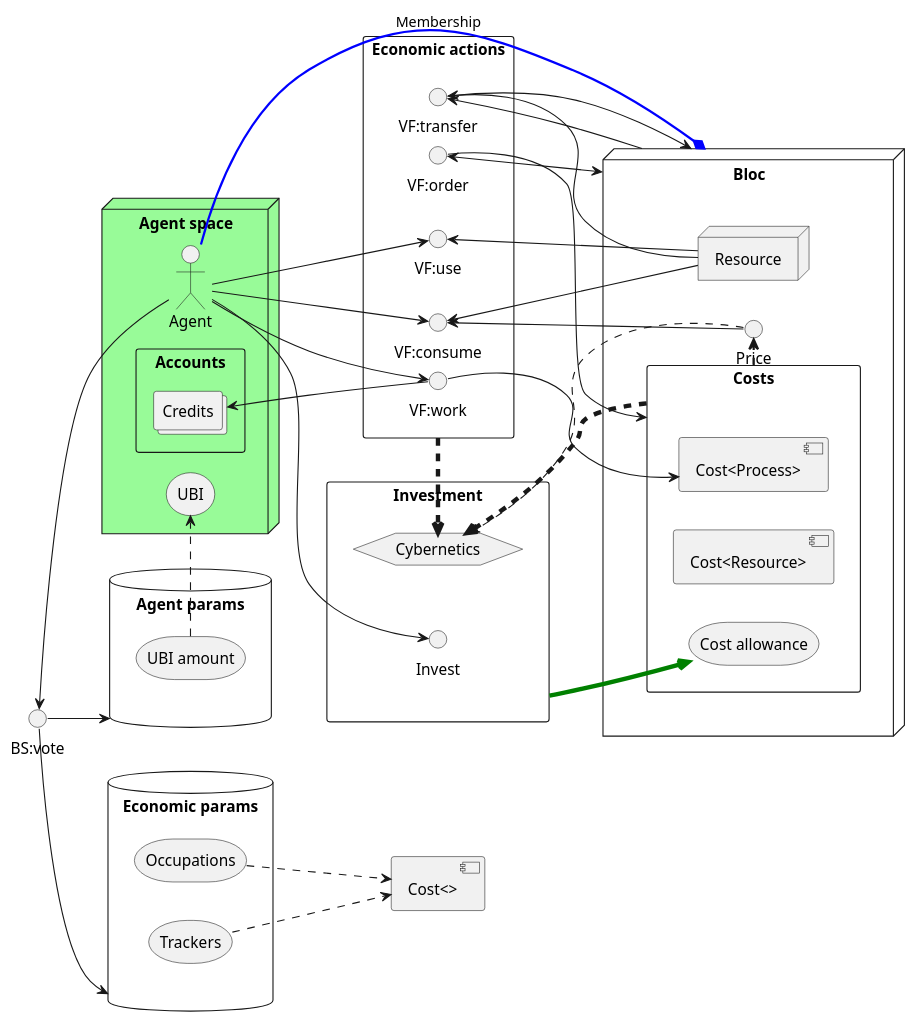
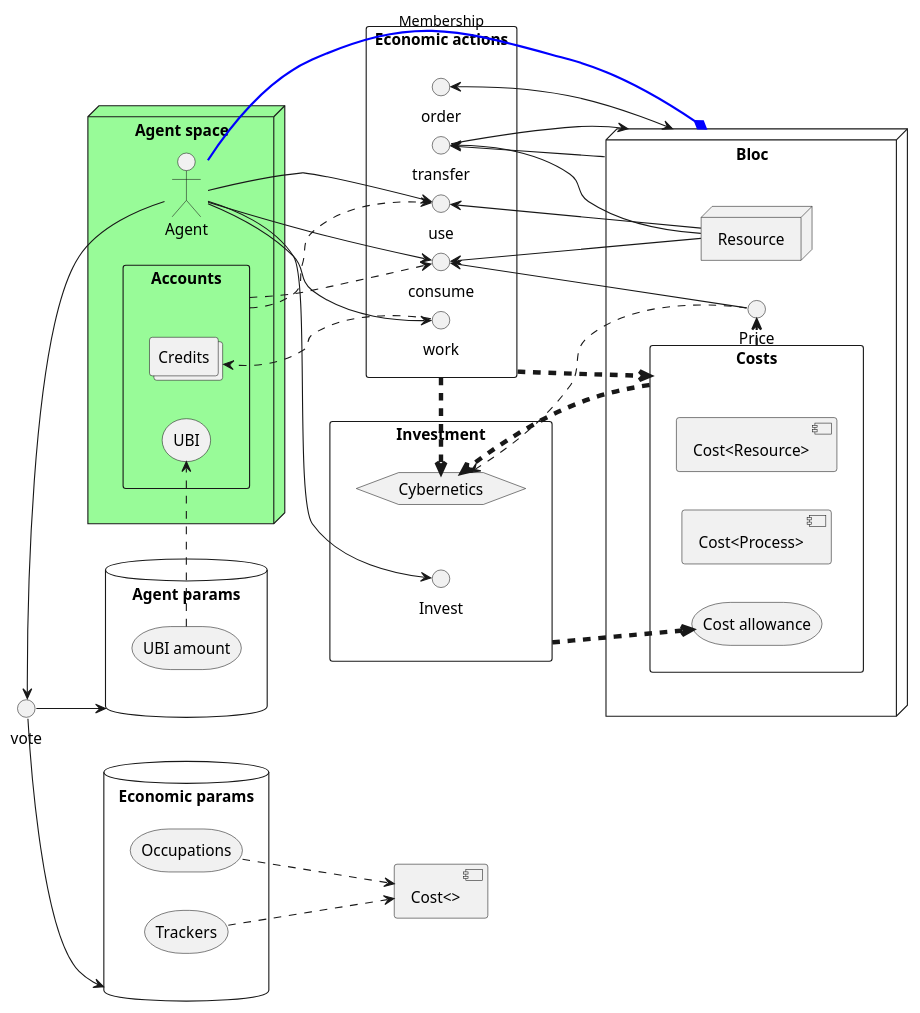
One commit to basisproject/paper changed the diagram in protocol.plantuml. Above: the diagram before and after it, drawn with PlantUML.

Commit message:
plant file update

```diff
--- a/protocol.plantuml
+++ b/protocol.plantuml
@@ -1,77 +1,78 @@
 @startuml
 
 left to right direction
 node Agent as "Agent space" #palegreen {
 	actor Agent.agent as "Agent"
 
-	storage Agent.UBI as "UBI"
 	rectangle Accounts {
 		collections Account.credits as "Credits"
+		storage Agent.UBI as "UBI"
 	}
 }
 
-interface Vote as "BS:vote"
+interface Vote as "vote"
 
 database AgentParams as "Agent params" {
 	storage AgentParams.UBI as "UBI amount"
 }
 
 database EconParams as "Economic params" {
 	storage EconParams.Occ as "Occupations"
 	storage EconParams.Trk as "Trackers"
 }
 
 component Cost as "Cost<>" {
 }
 
 node Bloc {
 	rectangle Bloc.cost as "Costs" {
 		component Resource.cost as "Cost<Resource>"
 		component Process.cost as "Cost<Process>"
 		storage Bloc.Allowance as "Cost allowance"
 	}
 	node Resource
 	interface Price
 }
 
 rectangle Investment {
 	hexagon Cyber as "Cybernetics"
 	interface Invest
 }
 
 rectangle EcActions as "Economic actions" {
-	interface Order as "VF:order"
-	interface Work as "VF:work"
-	interface Use as "VF:use"
-	interface Consume as "VF:consume"
-	interface Transfer as "VF:transfer"
+	interface Order as "order"
+	interface Work as "work"
+	interface Use as "use"
+	interface Consume as "consume"
+	interface Transfer as "transfer"
 }
 
 Agent.agent -l-> Vote
 Agent.agent -d-> Consume
 Agent.agent -d-> Use
 Agent.agent -d-> Work
 Agent.agent -[#blue,thickness=2]* Bloc : "Membership"
 Agent.agent -u-> Invest
+Accounts .> Use
+Accounts .> Consume
 Vote -d-> AgentParams
 Vote -d-> EconParams
 Bloc <-> Order
 Bloc -> Transfer
 Bloc.cost .[thickness=2]> Price
 Bloc.cost .[thickness=4].> Cyber
 AgentParams.UBI .> Agent.UBI
 EconParams.Occ .d.> Cost
 EconParams.Trk .d.> Cost
 Price -> Consume
 Price .> Cyber
-Investment -[#green,thickness=4]-> Bloc.Allowance
-Order --> Bloc.cost
-Work -> Process.cost
-Work -> Account.credits
+Investment .[thickness=4].> Bloc.Allowance
+Work .> Account.credits
 Transfer -d-> Bloc
 Resource -u-> Consume
 Resource -u-> Use
 Resource -u-> Transfer
 EcActions .[thickness=4]> Cyber
+EcActions .[thickness=4].> Bloc.cost
 
 @enduml
```
